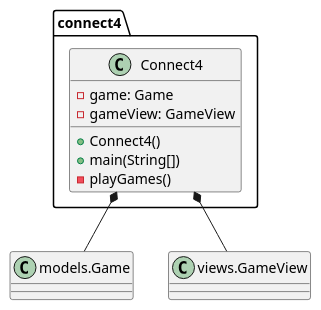
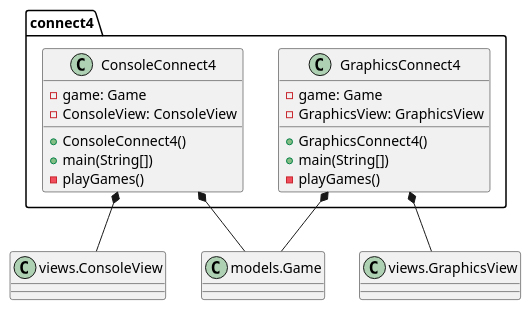
Before and after one commit to js-rom/connect4: the diagram in connect4/Docs/diagrams/src/packages/connect4.connect4.plantuml, drawn with PlantUML. The commit also changed 36 other files, not shown here.

Commit message:
feat(graphics): first version of graphics view

```diff
--- a/connect4/Docs/diagrams/src/packages/connect4.connect4.plantuml
+++ b/connect4/Docs/diagrams/src/packages/connect4.connect4.plantuml
@@ -1,16 +1,27 @@
 @startuml connect4.connect4
 
-class connect4.Connect4
+class connect4.ConsoleConnect4
+class connect4.GraphicsConnect4
 class Game as "models.Game"
-class GameView as "views.GameView"
+class ConsoleView as "views.ConsoleView"
+class GraphicsView as "views.GraphicsView"
 
-Connect4 *-- Game
-Connect4 *-- GameView
+ConsoleConnect4 *-- Game
+ConsoleConnect4 *-- ConsoleView
 
-Connect4 : -game: Game
-Connect4 : -gameView: GameView
-Connect4 : +Connect4()
-Connect4 : + main(String[])
-Connect4 : -playGames()
+GraphicsConnect4 *-- Game
+GraphicsConnect4 *-- GraphicsView
+
+ConsoleConnect4 : -game: Game
+ConsoleConnect4 : -ConsoleView: ConsoleView
+ConsoleConnect4 : +ConsoleConnect4()
+ConsoleConnect4 : + main(String[])
+ConsoleConnect4 : -playGames()
+
+GraphicsConnect4 : -game: Game
+GraphicsConnect4 : -GraphicsView: GraphicsView
+GraphicsConnect4 : +GraphicsConnect4()
+GraphicsConnect4 : + main(String[])
+GraphicsConnect4 : -playGames()
 
 @enduml
```
